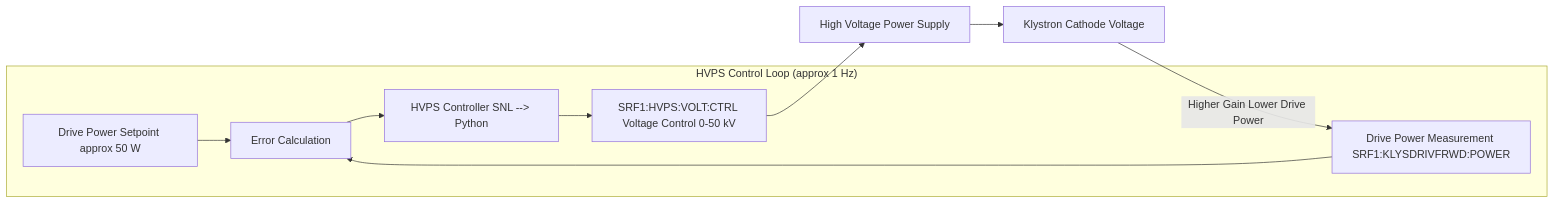
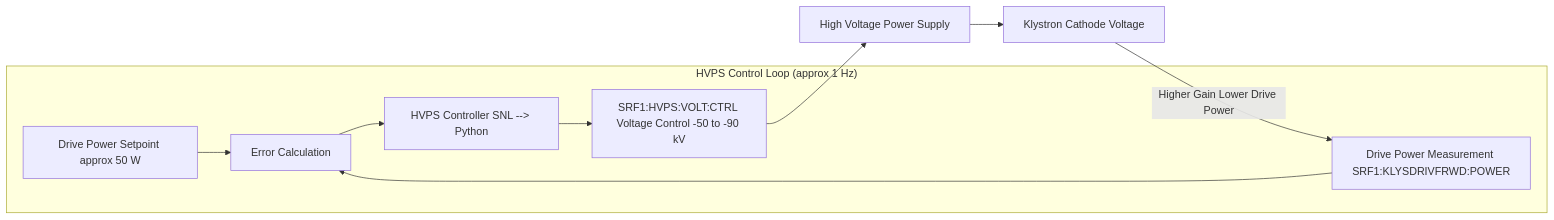
One commit to fayaw/spearlegacyLLRF changed the sixth of 18 diagrams in SPEAR3_LLRF_COMPREHENSIVE_ANALYSIS.md. Above: the diagram before and after it, drawn with Mermaid. The commit also changed other lines of this file, not shown here.

````diff
--- a/SPEAR3_LLRF_COMPREHENSIVE_ANALYSIS.md
+++ b/SPEAR3_LLRF_COMPREHENSIVE_ANALYSIS.md
@@ -283,18 +283,18 @@
 ```mermaid
 graph LR
  subgraph "HVPS Control Loop (approx 1 Hz)"
  Drive_SP[Drive Power Setpoint approx 50 W]
  Drive_Meas[Drive Power Measurement SRF1:KLYSDRIVFRWD:POWER]
  HVPS_Error[Error Calculation]
  HVPS_Controller[HVPS Controller SNL --> Python]
- HVPS_PV[SRF1:HVPS:VOLT:CTRL Voltage Control 0-50 kV]
+ HVPS_PV[SRF1:HVPS:VOLT:CTRL Voltage Control -50 to -90 kV]
  end
  
  Drive_SP --> HVPS_Error
  Drive_Meas --> HVPS_Error
  HVPS_Error --> HVPS_Controller
  HVPS_Controller --> HVPS_PV
  HVPS_PV --> HVPS[High Voltage Power Supply]
  HVPS --> Klystron[Klystron Cathode Voltage]
  Klystron --> |Higher Gain Lower Drive Power| Drive_Meas
 ```
````
